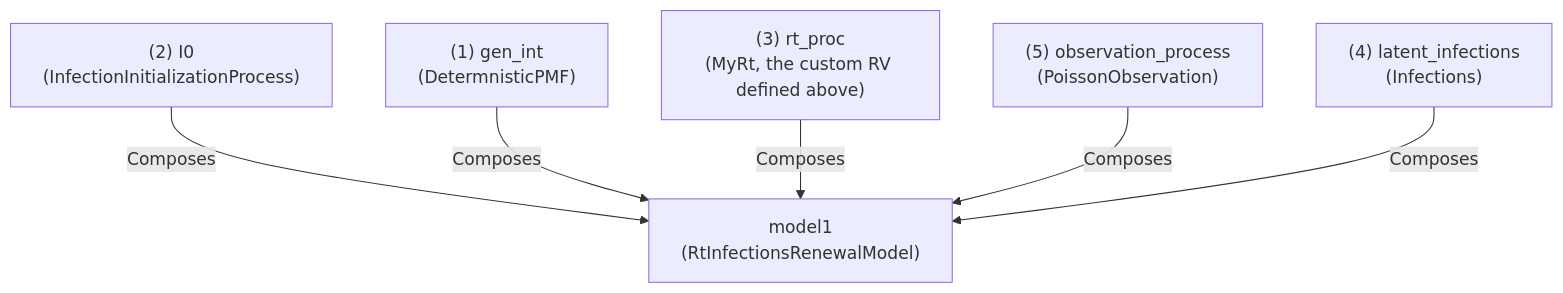
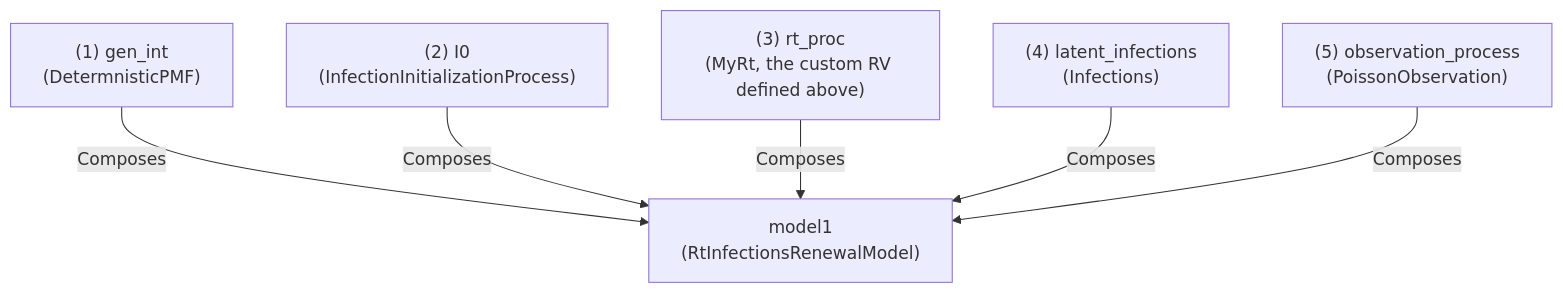
The second of 2 diagrams in docs/source/tutorials/basic_renewal_model.qmd (CDCgov/PyRenew), drawn with Mermaid before and after one commit. The commit also changed other lines of this file, not shown here.

Commit message:
basic renewal model edits

````diff
--- a/docs/source/tutorials/basic_renewal_model.qmd
+++ b/docs/source/tutorials/basic_renewal_model.qmd
@@ -182,18 +199,18 @@
 ```mermaid
 %%| label: overview-of-RtInfectionsRenewalModel
 %%| include: true
 flowchart TB
     genint["(1) gen_int\n(DetermnisticPMF)"]
     i0["(2) I0\n(InfectionInitializationProcess)"]
     rt["(3) rt_proc\n(MyRt, the custom RV defined above)"]
     inf["(4) latent_infections\n(Infections)"]
     obs["(5) observation_process\n(PoissonObservation)"]
 
     model1["model1\n(RtInfectionsRenewalModel)"]
 
+    genint-->|Composes|model1
     i0-->|Composes|model1
-    genint-->|Composes|model1
     rt-->|Composes|model1
+    inf-->|Composes|model1
     obs-->|Composes|model1
-    inf-->|Composes|model1
 ```
````
